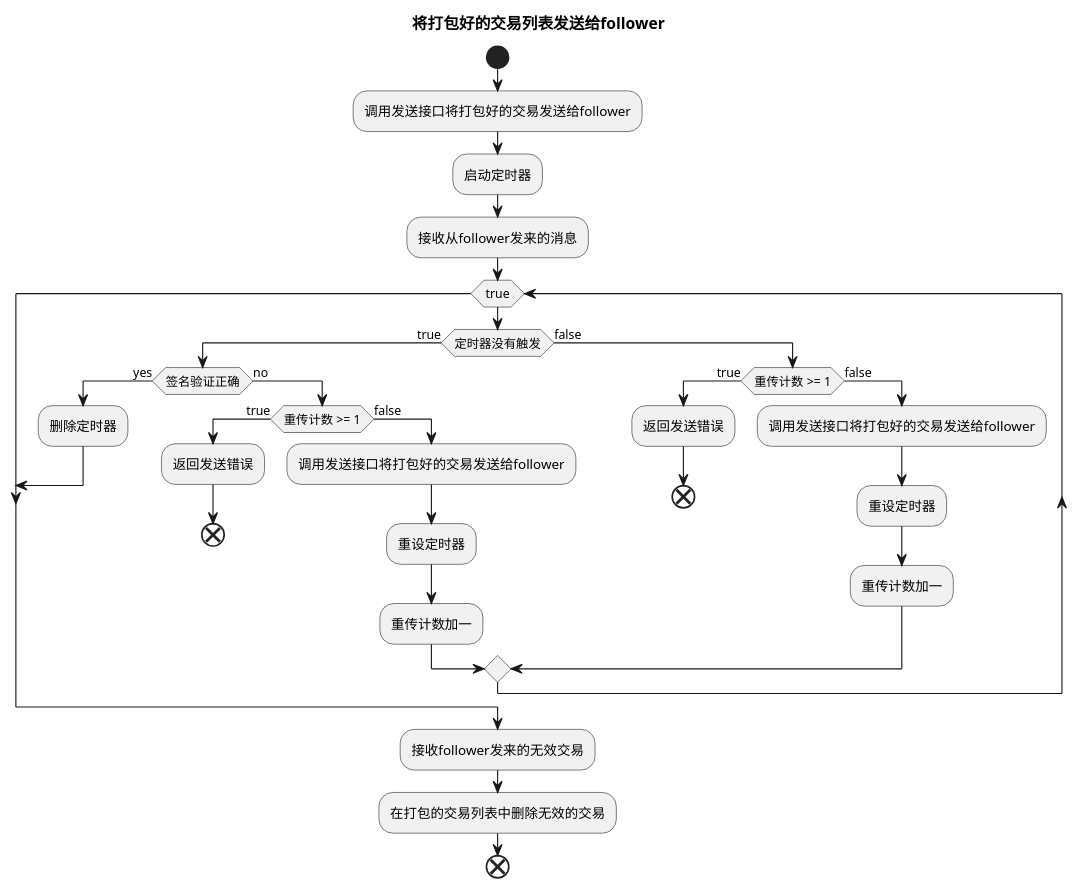
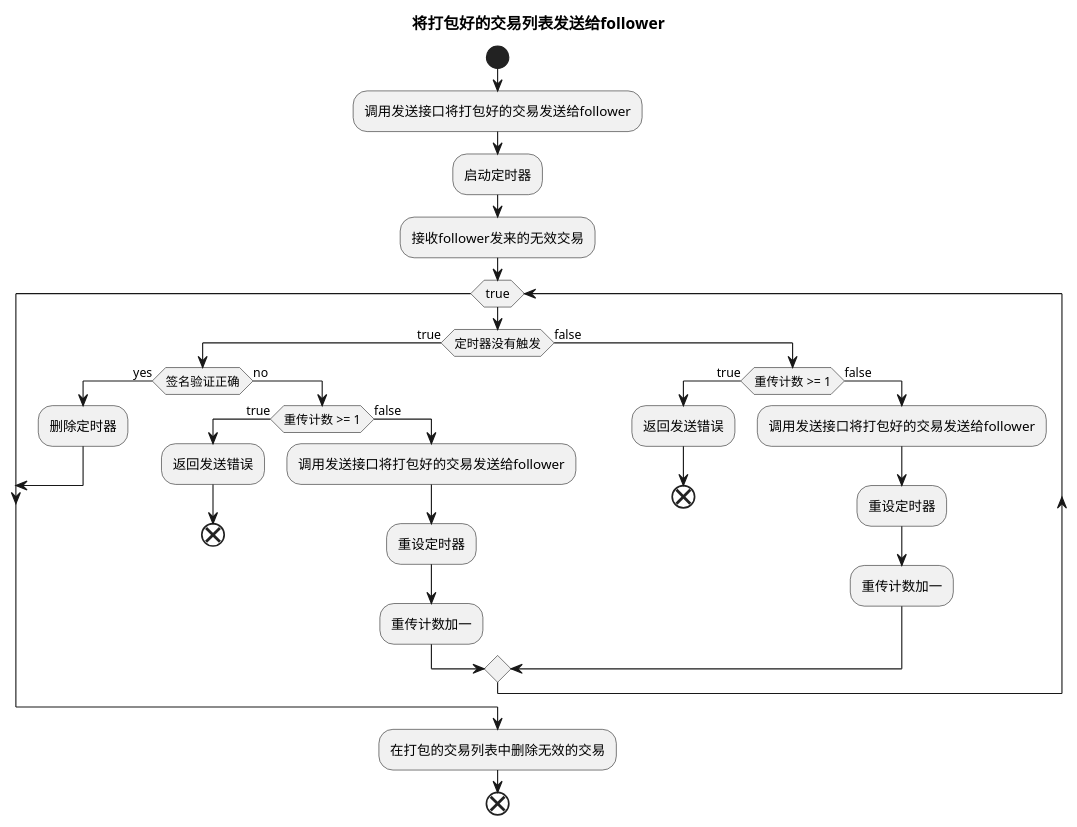
The diagram in doc/sendTxToFollower.wsd (alvinleee/matrix-work), drawn with PlantUML before and after one commit. The commit also changed 10 other files, not shown here.

```diff
--- a/doc/sendTxToFollower.wsd
+++ b/doc/sendTxToFollower.wsd
@@ -1,36 +1,35 @@
 @startuml
 title 将打包好的交易列表发送给follower
 start
 :调用发送接口将打包好的交易发送给follower;
 :启动定时器;
-:接收从follower发来的消息;
+:接收follower发来的无效交易;
 while (true)
     if (定时器没有触发) then (true)
     if(签名验证正确)then (yes)
         :删除定时器;
         break
     else(no)
         if (重传计数 >= 1) then (true)
             :返回发送错误;
             end
         else (false)
             :调用发送接口将打包好的交易发送给follower;
             :重设定时器;
             :重传计数加一;
         endif
     endif
     else (false)
         if (重传计数 >= 1) then (true)
             :返回发送错误;
             end
         else (false)
             :调用发送接口将打包好的交易发送给follower;
             :重设定时器;
             :重传计数加一;
         endif
     endif
 endwhile
-    :接收follower发来的无效交易;
     :在打包的交易列表中删除无效的交易;
 end
 @enduml
```
